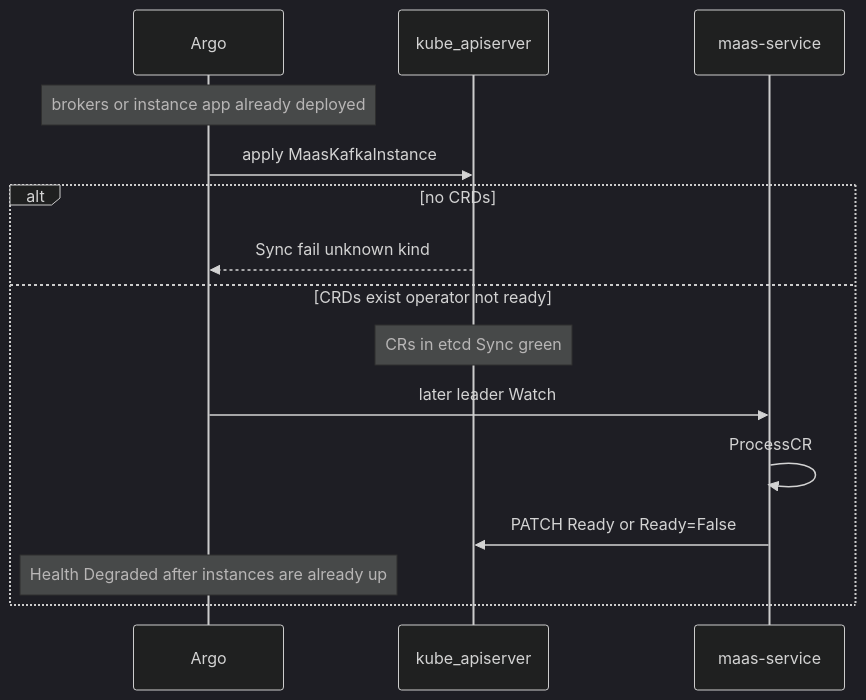
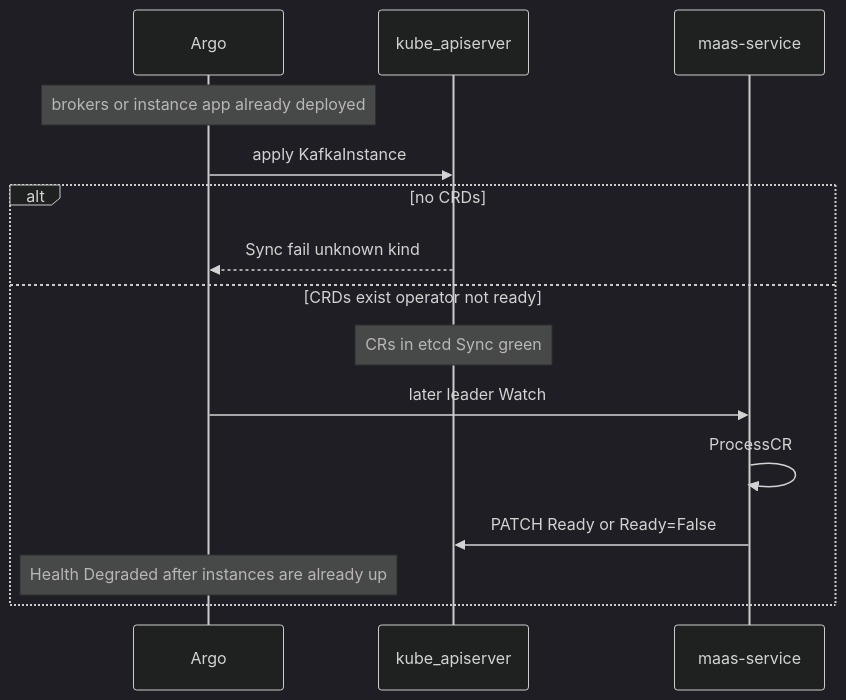
One commit to Netcracker/qubership-maas changed the sixth of 16 diagrams in docs/operator_design.md. Above: the diagram before and after it, drawn with Mermaid (dark theme). The commit also changed other lines of this file and 3 other files, not shown here.

````diff
--- a/docs/operator_design.md
+++ b/docs/operator_design.md
@@ -973,17 +971,17 @@
 ```mermaid
 sequenceDiagram
   participant Argo
   participant API as kube_apiserver
   participant Pod as maas-service
   Note over Argo: brokers or instance app already deployed
-  Argo->>API: apply MaasKafkaInstance
+  Argo->>API: apply KafkaInstance
   alt no CRDs
     API-->>Argo: Sync fail unknown kind
   else CRDs exist operator not ready
     Note over API: CRs in etcd Sync green
     Argo->>Pod: later leader Watch
     Pod->>Pod: ProcessCR
     Pod->>API: PATCH Ready or Ready=False
     Note over Argo: Health Degraded after instances are already up
   end
 ```
````
